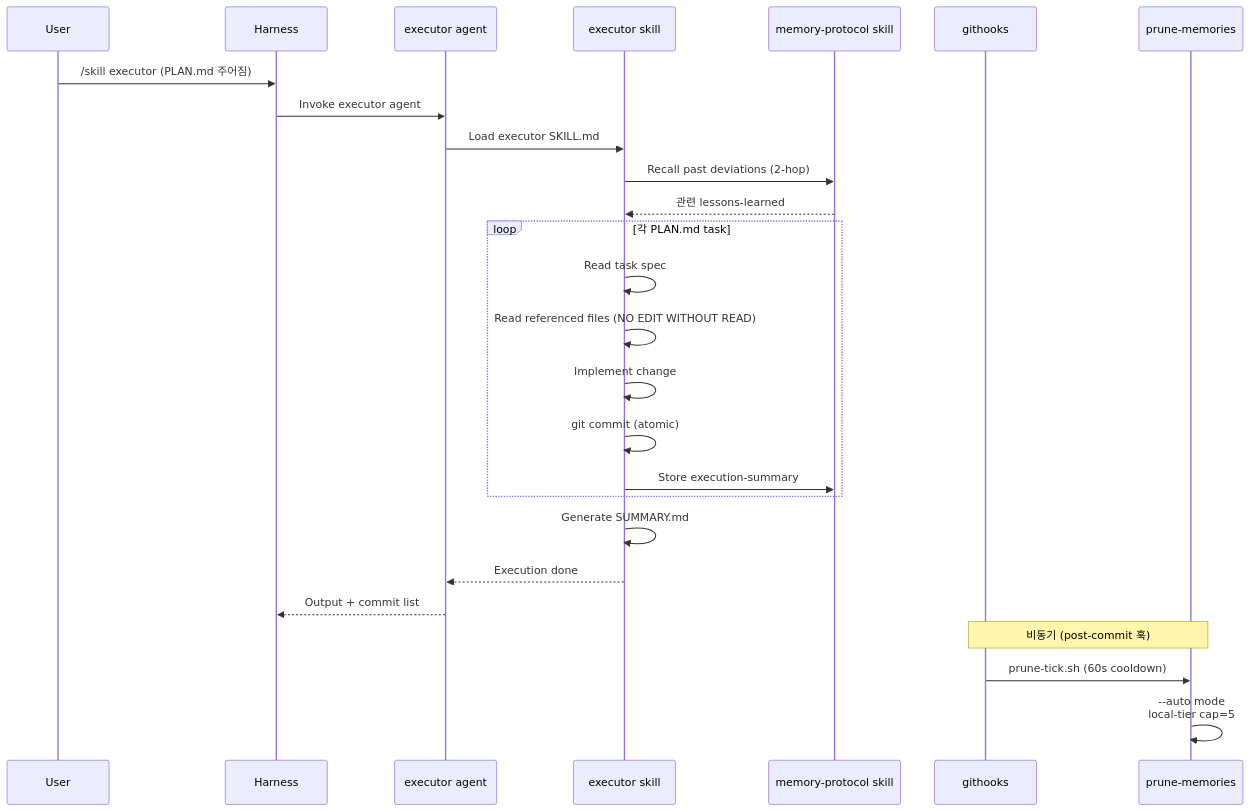
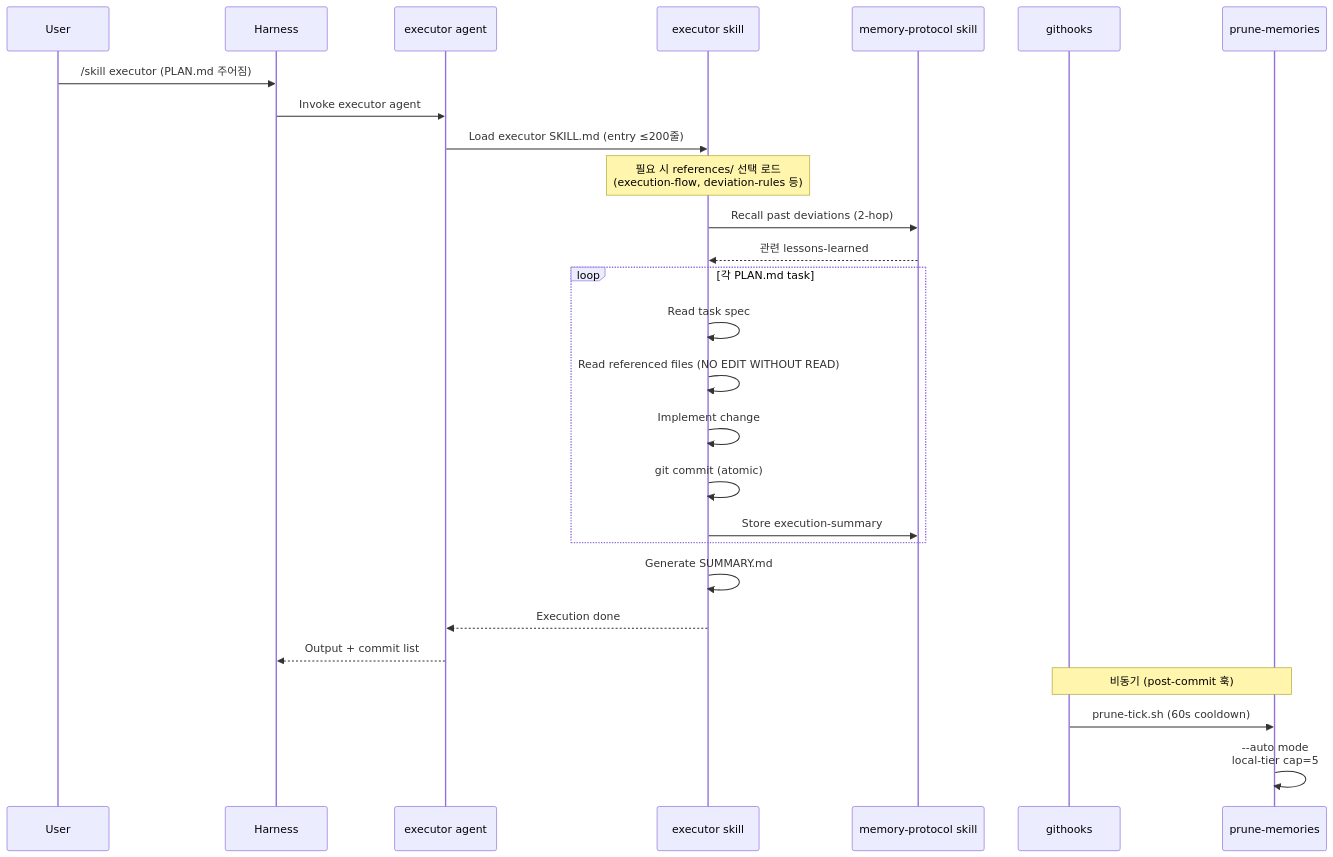
The ninth of 10 diagrams in docs/system-architecture.md (SukbeomH/HExoskeleton), drawn with Mermaid before and after one commit. The commit also changed other lines of this file and 5 other files, not shown here.

````diff
--- a/docs/system-architecture.md
+++ b/docs/system-architecture.md
@@ -317,32 +321,33 @@
 ```mermaid
 sequenceDiagram
     participant U as User
     participant H as Harness
     participant A as executor agent
     participant S as executor skill
     participant MP as memory-protocol skill
     participant GH as githooks
     participant PM as prune-memories
 
     U->>H: /skill executor (PLAN.md 주어짐)
     H->>A: Invoke executor agent
-    A->>S: Load executor SKILL.md
+    A->>S: Load executor SKILL.md (entry ≤200줄)
+    Note over S: 필요 시 references/ 선택 로드<br/>(execution-flow, deviation-rules 등)
     S->>MP: Recall past deviations (2-hop)
     MP-->>S: 관련 lessons-learned
 
     loop 각 PLAN.md task
         S->>S: Read task spec
         S->>S: Read referenced files (NO EDIT WITHOUT READ)
         S->>S: Implement change
         S->>S: git commit (atomic)
         S->>MP: Store execution-summary
     end
 
     S->>S: Generate SUMMARY.md
     S-->>A: Execution done
     A-->>H: Output + commit list
 
     Note over GH,PM: 비동기 (post-commit 훅)
     GH->>PM: prune-tick.sh (60s cooldown)
     PM->>PM: --auto mode<br/>local-tier cap=5
 ```
````
